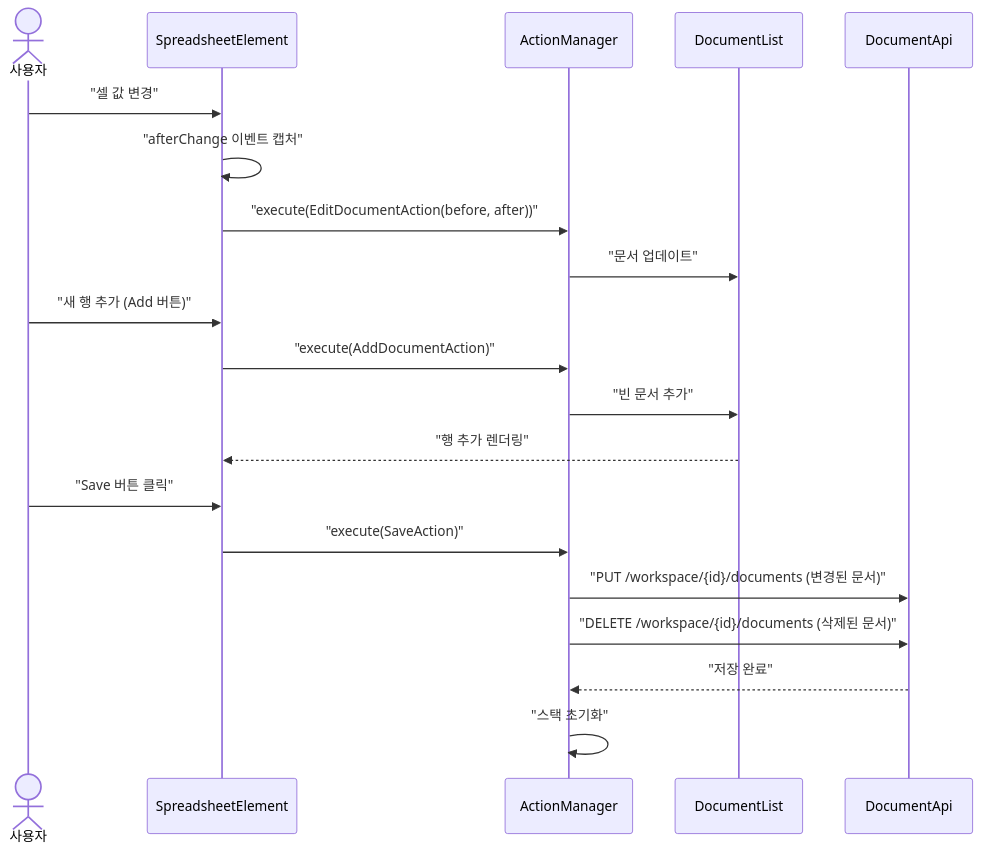
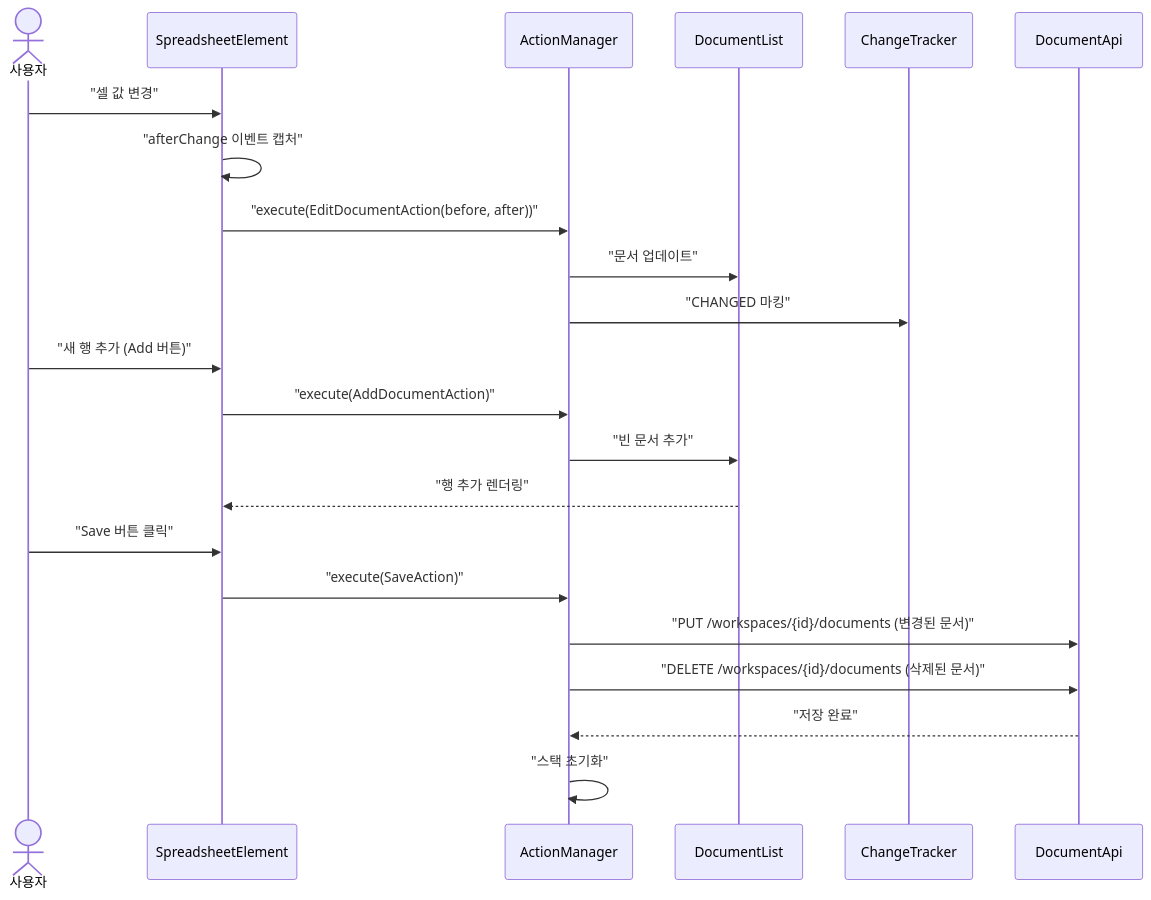
The second of 3 diagrams in document-ui/USECASE.md (sayaya1090/handbook), drawn with Mermaid before and after one commit. The commit also changed other lines of this file and 58 other files, not shown here.

````diff
--- a/document-ui/USECASE.md
+++ b/document-ui/USECASE.md
@@ -32,25 +32,27 @@
 ```mermaid
 sequenceDiagram
     actor User as 사용자
     participant Sheet as SpreadsheetElement
     participant AM as ActionManager
     participant DL as DocumentList
+    participant CT as ChangeTracker
     participant DA as DocumentApi
 
     User->>Sheet: "셀 값 변경"
     Sheet->>Sheet: "afterChange 이벤트 캡처"
     Sheet->>AM: "execute(EditDocumentAction(before, after))"
     AM->>DL: "문서 업데이트"
+    AM->>CT: "CHANGED 마킹"
 
     User->>Sheet: "새 행 추가 (Add 버튼)"
     Sheet->>AM: "execute(AddDocumentAction)"
     AM->>DL: "빈 문서 추가"
     DL-->>Sheet: "행 추가 렌더링"
 
     User->>Sheet: "Save 버튼 클릭"
     Sheet->>AM: "execute(SaveAction)"
-    AM->>DA: "PUT /workspace/{id}/documents (변경된 문서)"
-    AM->>DA: "DELETE /workspace/{id}/documents (삭제된 문서)"
+    AM->>DA: "PUT /workspaces/{id}/documents (변경된 문서)"
+    AM->>DA: "DELETE /workspaces/{id}/documents (삭제된 문서)"
     DA-->>AM: "저장 완료"
     AM->>AM: "스택 초기화"
 ```
````
